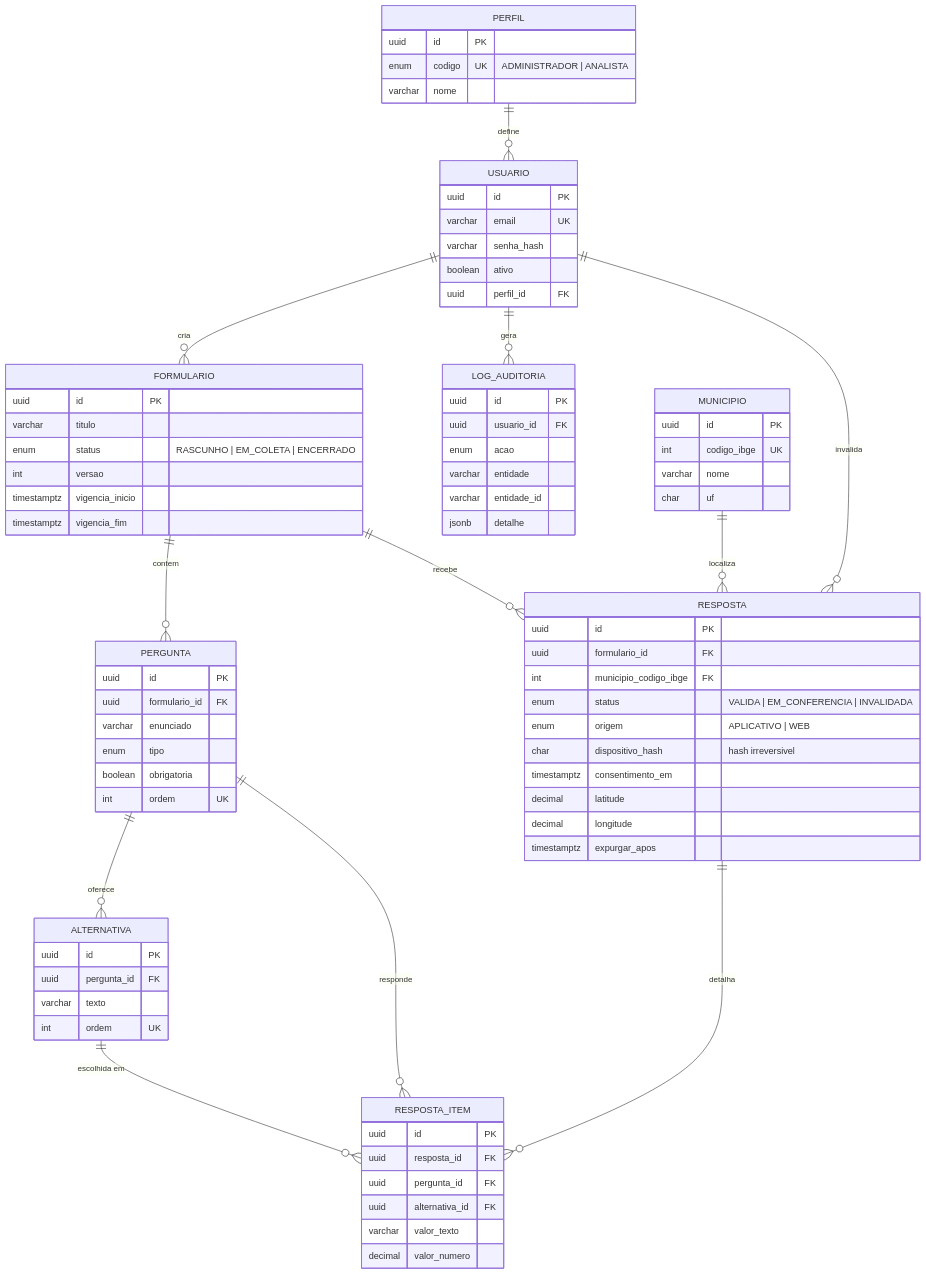
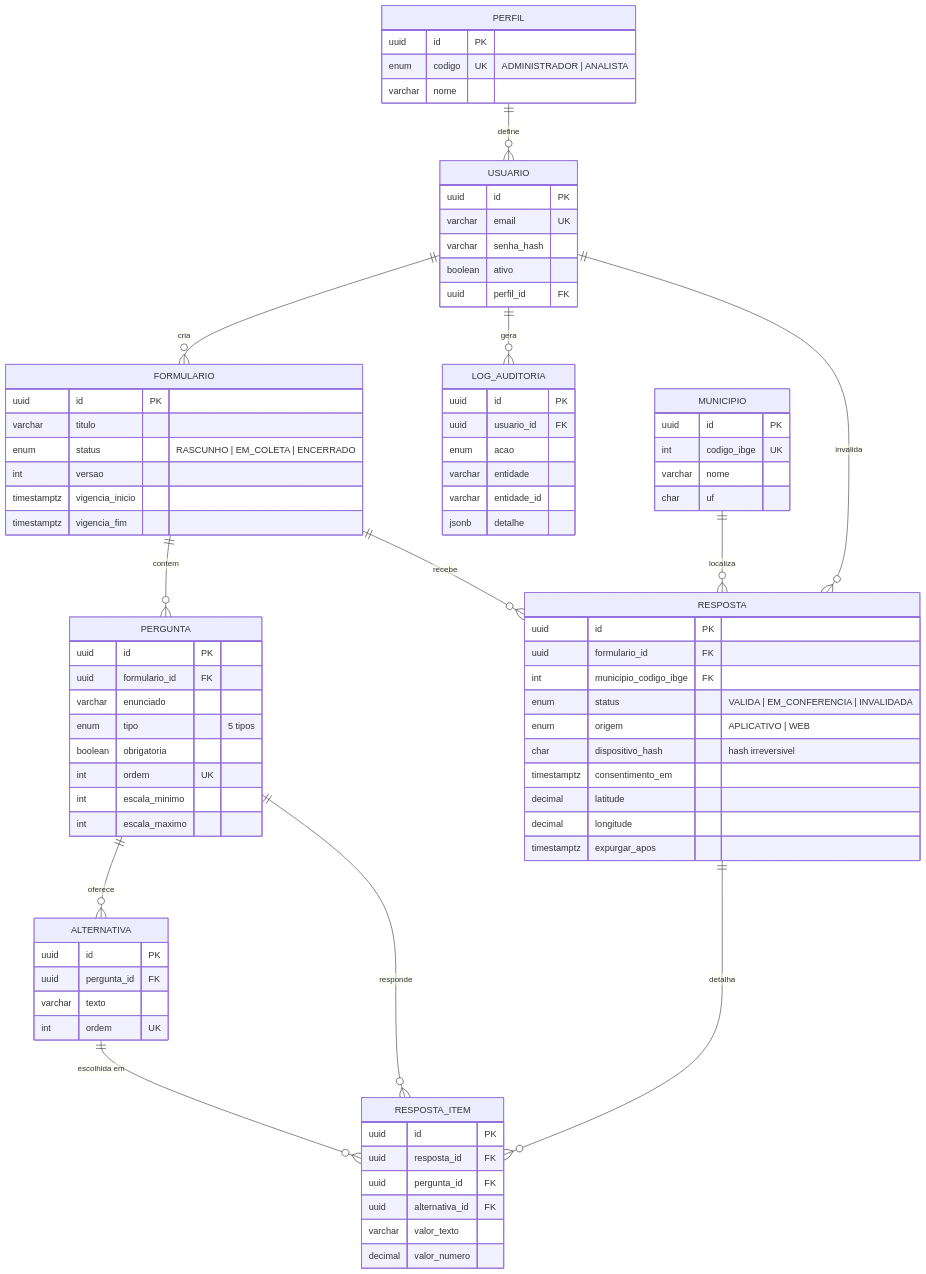
The diagram in docs/modelagem-banco.md (Jaminteles/SPE), drawn with Mermaid before and after one commit. The commit also changed other lines of this file and 27 other files, not shown here.

```diff
--- a/docs/modelagem-banco.md
+++ b/docs/modelagem-banco.md
@@ -46,9 +47,11 @@
         uuid id PK
         uuid formulario_id FK
         varchar enunciado
-        enum tipo
+        enum tipo "5 tipos"
         boolean obrigatoria
         int ordem UK
+        int escala_minimo
+        int escala_maximo
     }
     ALTERNATIVA {
         uuid id PK
```
